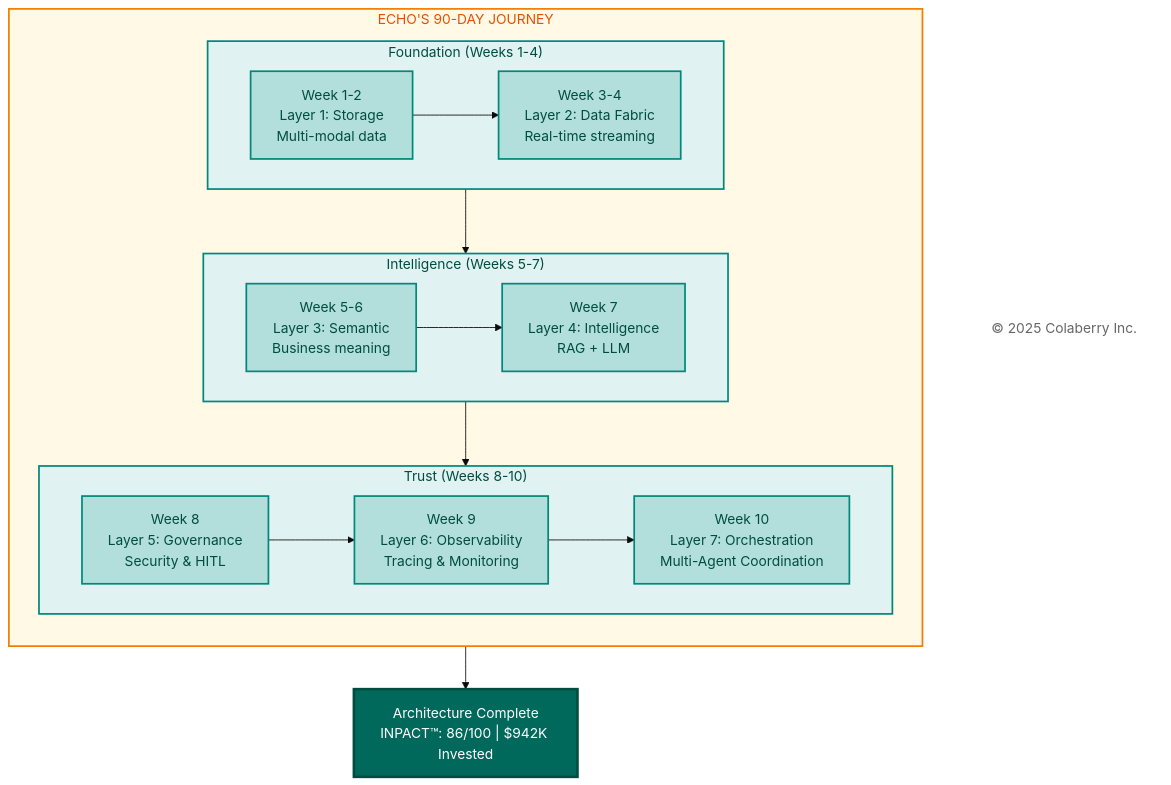
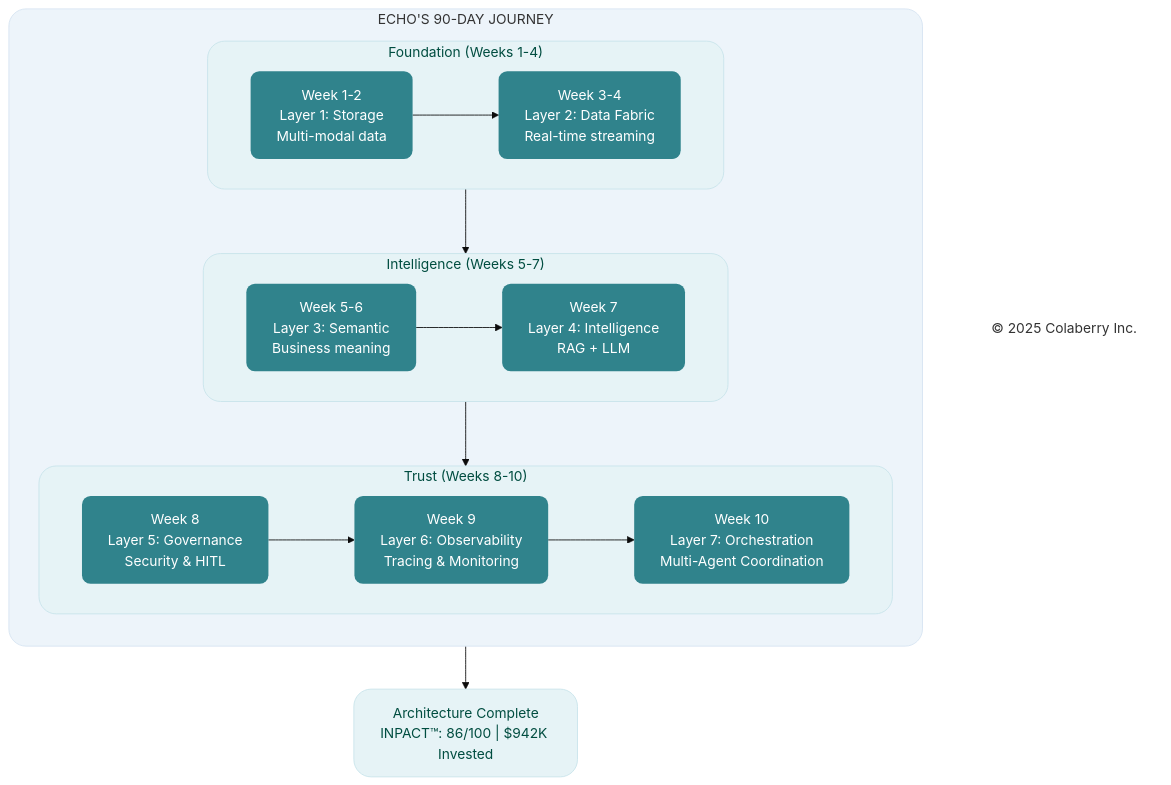
One commit to saitejesh-cyber/trust-before-intelligence-book changed the third of 14 diagrams in manuscript/08_chapter_7_goals_framework.md. Above: the diagram before and after it, drawn with Mermaid (base theme). The commit also changed other lines of this file and 7 other files, not shown here.

Commit message:
Chapter 6to13: Updated mermaid diagrams based on new colaberry color code

````diff
--- a/manuscript/08_chapter_7_goals_framework.md
+++ b/manuscript/08_chapter_7_goals_framework.md
@@ -265,49 +265,49 @@
 ```mermaid
 
 graph TB
     subgraph JOURNEY["ECHO'S 90-DAY JOURNEY"]
         direction TB
         subgraph PHASE1["Foundation (Weeks 1-4)"]
             direction LR
             W1["Week 1-2<br/>Layer 1: Storage<br/>Multi-modal data"]
             W2["Week 3-4<br/>Layer 2: Data Fabric<br/>Real-time streaming"]
             W1 --> W2
         end
         
         subgraph PHASE2["Intelligence (Weeks 5-7)"]
             direction LR
             W3["Week 5-6<br/>Layer 3: Semantic<br/>Business meaning"]
             W4["Week 7<br/>Layer 4: Intelligence<br/>RAG + LLM"]
             W3 --> W4
         end
         
         subgraph PHASE3["Trust (Weeks 8-10)"]
             direction LR
             W5["Week 8<br/>Layer 5: Governance<br/>Security & HITL"]
             W6["Week 9<br/>Layer 6: Observability<br/>Tracing & Monitoring"]
             W7["Week 10<br/>Layer 7: Orchestration<br/>Multi-Agent Coordination"]
             W5 --> W6 --> W7
         end
     end
     
     COMPLETE["Architecture Complete<br/>INPACT™: 86/100 | $942K Invested"]
     
     Copyright["© 2025 Colaberry Inc."]
     
     PHASE1 --> PHASE2 --> PHASE3 --> COMPLETE
     
-    style JOURNEY fill:#fff9e6,stroke:#f57c00,stroke-width:2px,color:#e65100
-    style PHASE1 fill:#e0f2f1,stroke:#00897b,stroke-width:2px,color:#004d40
-    style PHASE2 fill:#e0f2f1,stroke:#00897b,stroke-width:2px,color:#004d40
-    style PHASE3 fill:#e0f2f1,stroke:#00897b,stroke-width:2px,color:#004d40
-    style W1 fill:#b2dfdb,stroke:#00897b,stroke-width:2px,color:#004d40
-    style W2 fill:#b2dfdb,stroke:#00897b,stroke-width:2px,color:#004d40
-    style W3 fill:#b2dfdb,stroke:#00897b,stroke-width:2px,color:#004d40
-    style W4 fill:#b2dfdb,stroke:#00897b,stroke-width:2px,color:#004d40
-    style W5 fill:#b2dfdb,stroke:#00897b,stroke-width:2px,color:#004d40
-    style W6 fill:#b2dfdb,stroke:#00897b,stroke-width:2px,color:#004d40
-    style W7 fill:#b2dfdb,stroke:#00897b,stroke-width:2px,color:#004d40
-    style COMPLETE fill:#00695c,color:#ffffff,stroke:#004d40,stroke-width:3px
-    style Copyright fill:#ffffff,stroke:none,color:#666666
+    style JOURNEY fill:#edf4fa,stroke:#d6e4f2,stroke-width:1px,color:#333333,rx:20,ry:20
+    style PHASE1 fill:#e6f3f6,stroke:#c7e3ea,stroke-width:1px,color:#004d40,rx:20,ry:20
+    style PHASE2 fill:#e6f3f6,stroke:#c7e3ea,stroke-width:1px,color:#004d40,rx:20,ry:20
+    style PHASE3 fill:#e6f3f6,stroke:#c7e3ea,stroke-width:1px,color:#004d40,rx:20,ry:20
+    style W1 fill:#30838C,stroke:none,color:#ffffff,rx:10,ry:10
+    style W2 fill:#30838C,stroke:none,color:#ffffff,rx:10,ry:10
+    style W3 fill:#30838C,stroke:none,color:#ffffff,rx:10,ry:10
+    style W4 fill:#30838C,stroke:none,color:#ffffff,rx:10,ry:10
+    style W5 fill:#30838C,stroke:none,color:#ffffff,rx:10,ry:10
+    style W6 fill:#30838C,stroke:none,color:#ffffff,rx:10,ry:10
+    style W7 fill:#30838C,stroke:none,color:#ffffff,rx:10,ry:10
+    style COMPLETE fill:#e6f3f6,stroke:#c7e3ea,stroke-width:1px,color:#004d40,rx:20,ry:20
+    style Copyright fill:none,stroke:none,color:#333333
 
 ```
````
